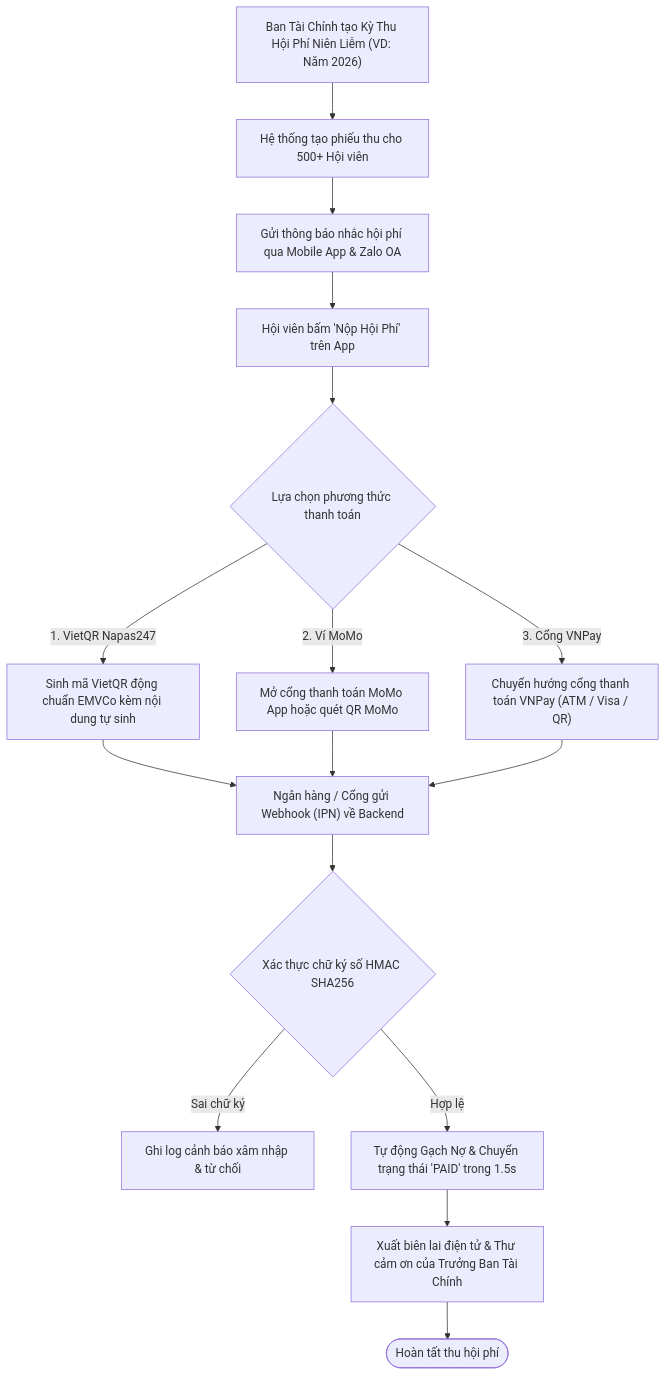
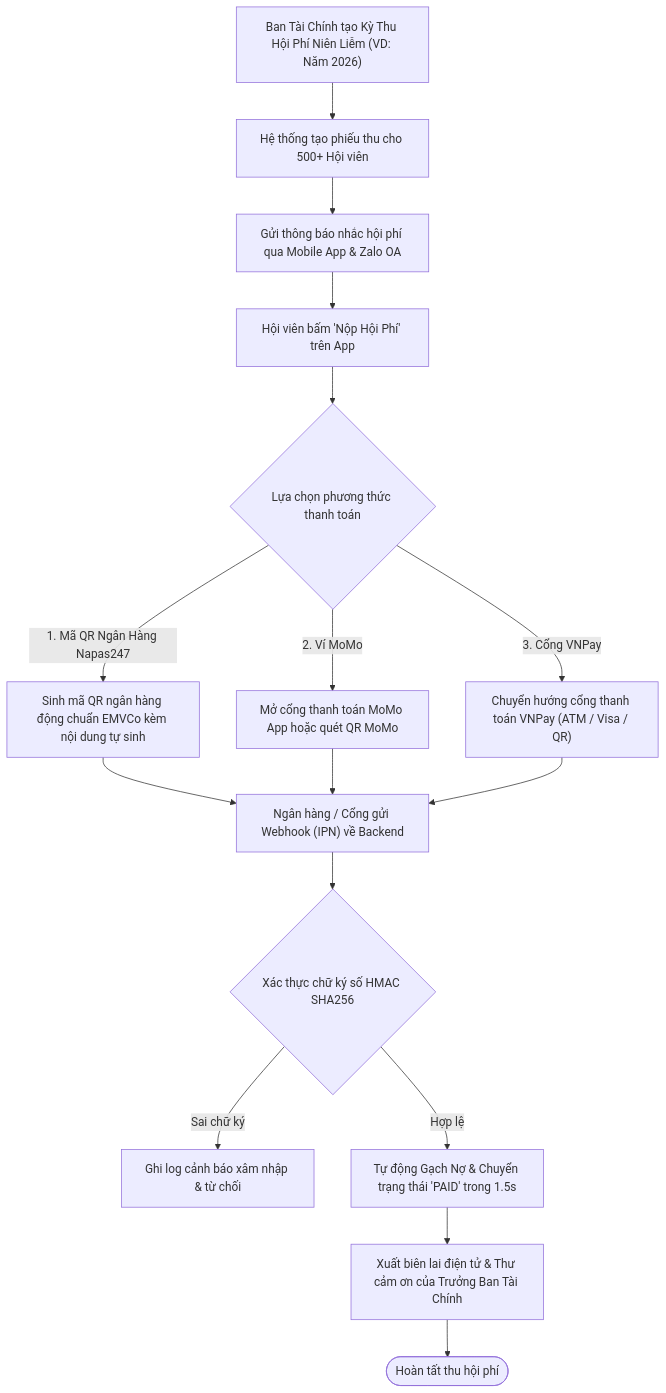
Before and after one commit to viconnect-product-team/ceo1983_project: the sixth of 9 diagrams in document/handover/output/01_BRD_CEO1983_HANOIBA.md, drawn with Mermaid. The commit also changed other lines of this file and 61 other files, not shown here.

````diff
--- a/document/handover/output/01_BRD_CEO1983_HANOIBA.md
+++ b/document/handover/output/01_BRD_CEO1983_HANOIBA.md
@@ -258,23 +258,23 @@
 ```mermaid
 flowchart TD
     FIN["Ban Tài Chính tạo Kỳ Thu Hội Phí Niên Liễm (VD: Năm 2026)"] --> GEN_INV["Hệ thống tạo phiếu thu cho 500+ Hội viên"]
     GEN_INV --> NOTIF_FEE["Gửi thông báo nhắc hội phí qua Mobile App & Zalo OA"]
     
     NOTIF_FEE --> MEM_PAY["Hội viên bấm 'Nộp Hội Phí' trên App"]
     MEM_PAY --> CHOOSE_GATE{"Lựa chọn phương thức thanh toán"}
     
-    CHOOSE_GATE -- "1. VietQR Napas247" --> QR_NAPAS["Sinh mã VietQR động chuẩn EMVCo kèm nội dung tự sinh"]
+    CHOOSE_GATE -- "1. Mã QR Ngân Hàng Napas247" --> QR_NAPAS["Sinh mã QR ngân hàng động chuẩn EMVCo kèm nội dung tự sinh"]
     CHOOSE_GATE -- "2. Ví MoMo" --> QR_MOMO["Mở cổng thanh toán MoMo App hoặc quét QR MoMo"]
     CHOOSE_GATE -- "3. Cổng VNPay" --> GATE_VNPAY["Chuyển hướng cổng thanh toán VNPay (ATM / Visa / QR)"]
     
     QR_NAPAS --> IPN_HOOK["Ngân hàng / Cổng gửi Webhook (IPN) về Backend"]
     QR_MOMO --> IPN_HOOK
     GATE_VNPAY --> IPN_HOOK
     
     IPN_HOOK --> VERIFY_SIGN{"Xác thực chữ ký số HMAC SHA256"}
     VERIFY_SIGN -- "Sai chữ ký" --> LOG_SEC["Ghi log cảnh báo xâm nhập & từ chối"]
     VERIFY_SIGN -- "Hợp lệ" --> AUTO_SETTLE["Tự động Gạch Nợ & Chuyển trạng thái 'PAID' trong 1.5s"]
     
     AUTO_SETTLE --> RECEIPT["Xuất biên lai điện tử & Thư cảm ơn của Trưởng Ban Tài Chính"]
     RECEIPT --> DONE_PAY(["Hoàn tất thu hội phí"])
 ```
````
